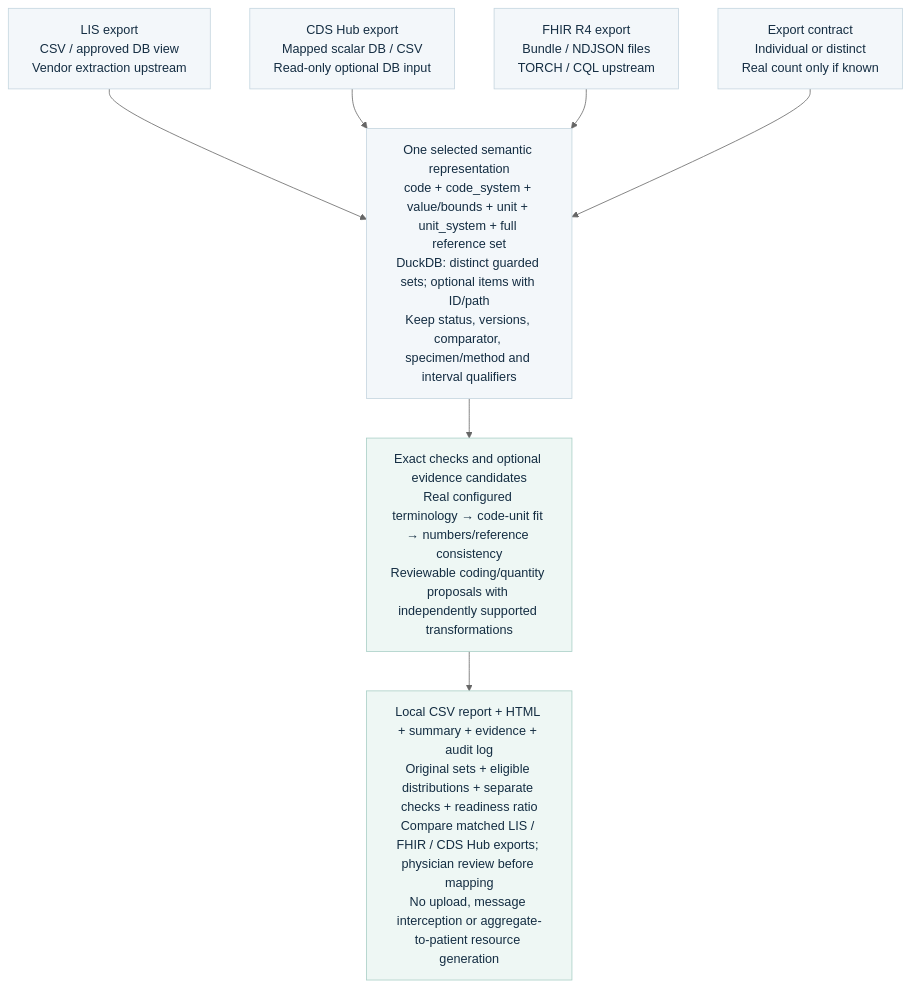
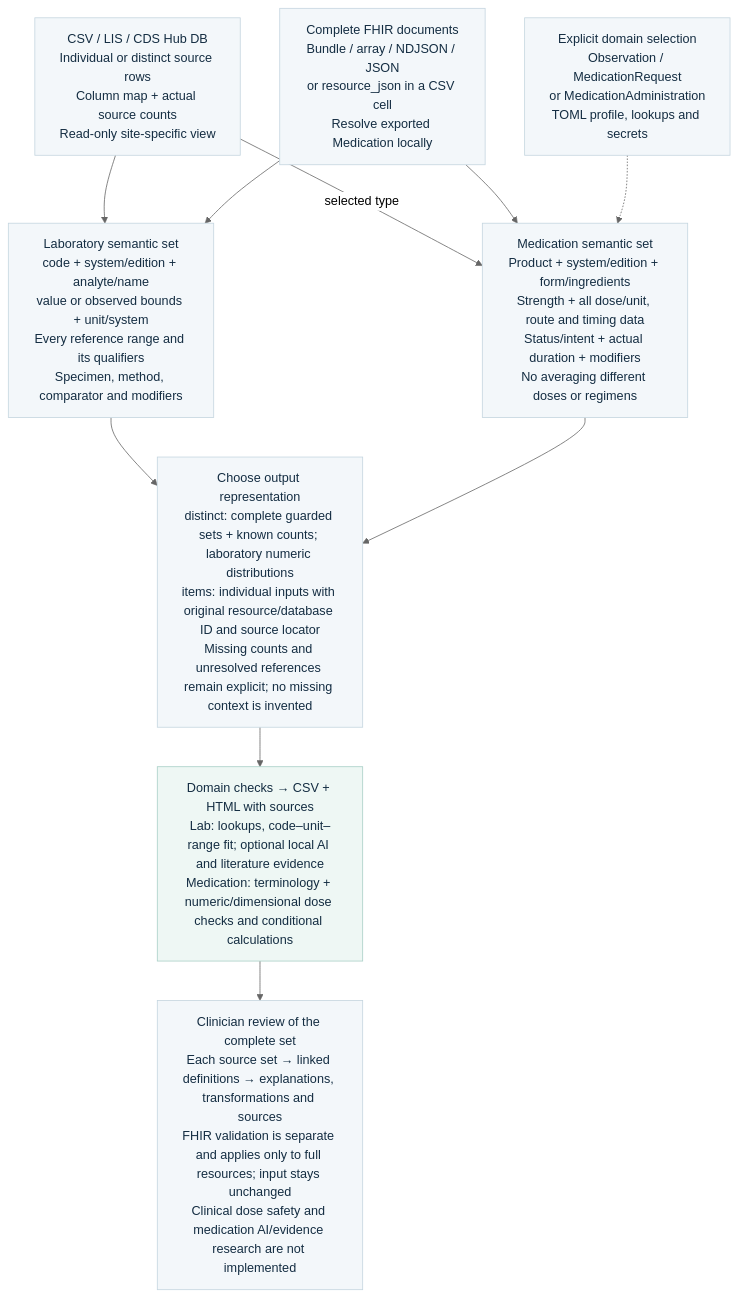
One commit to neumdan/semantic-plausibility changed the diagram in docs/batch-flow.mmd. Above: the diagram before and after it, drawn with Mermaid (neutral theme). The commit also changed 57 other files, not shown here.

```diff
--- a/docs/batch-flow.mmd
+++ b/docs/batch-flow.mmd
@@ -1,20 +1,24 @@
 %% Same node/edge contract as batch-flow.svg.
 flowchart TD
-    LIS["LIS export<br/>CSV / approved DB view<br/>Vendor extraction upstream"]
-    HUB["CDS Hub export<br/>Mapped scalar DB / CSV<br/>Read-only optional DB input"]
-    FHIR["FHIR R4 export<br/>Bundle / NDJSON files<br/>TORCH / CQL upstream"]
-    CSV["Export contract<br/>Individual or distinct<br/>Real count only if known"]
-    GROUP["One selected semantic representation<br/>code + code_system + value/bounds + unit + unit_system + full reference set<br/>DuckDB: distinct guarded sets; optional items with ID/path<br/>Keep status, versions, comparator, specimen/method and interval qualifiers"]
-    CHECK["Exact checks and optional evidence candidates<br/>Real configured terminology → code-unit fit → numbers/reference consistency<br/>Reviewable coding/quantity proposals with independently supported transformations"]
-    OUT["Local CSV report + HTML + summary + evidence + audit log<br/>Original sets + eligible distributions + separate checks + readiness ratio<br/>Compare matched LIS / FHIR / CDS Hub exports; physician review before mapping<br/>No upload, message interception or aggregate-to-patient resource generation"]
-    LIS --> GROUP
-    HUB --> GROUP
-    FHIR --> GROUP
-    CSV --> GROUP
+    CSV["CSV / LIS / CDS Hub DB<br/>Individual or distinct source rows<br/>Column map + actual source counts<br/>Read-only site-specific view"]
+    FHIR["Complete FHIR documents<br/>Bundle / array / NDJSON / JSON<br/>or resource_json in a CSV cell<br/>Resolve exported Medication locally"]
+    CONFIG["Explicit domain selection<br/>Observation / MedicationRequest<br/>or MedicationAdministration<br/>TOML profile, lookups and secrets"]
+    LAB["Laboratory semantic set<br/>code + system/edition + analyte/name<br/>value or observed bounds + unit/system<br/>Every reference range and its qualifiers<br/>Specimen, method, comparator and modifiers"]
+    MED["Medication semantic set<br/>Product + system/edition + form/ingredients<br/>Strength + all dose/unit, route and timing data<br/>Status/intent + actual duration + modifiers<br/>No averaging different doses or regimens"]
+    GROUP["Choose output representation<br/>distinct: complete guarded sets + known counts; laboratory numeric distributions<br/>items: individual inputs with original resource/database ID and source locator<br/>Missing counts and unresolved references remain explicit; no missing context is invented"]
+    CHECK["Domain checks → CSV + HTML with sources<br/>Lab: lookups, code–unit–range fit; optional local AI and literature evidence<br/>Medication: terminology + numeric/dimensional dose checks and conditional calculations"]
+    REVIEW["Clinician review of the complete set<br/>Each source set → linked definitions → explanations, transformations and sources<br/>FHIR validation is separate and applies only to full resources; input stays unchanged<br/>Clinical dose safety and medication AI/evidence research are not implemented"]
+    CSV --> LAB
+    CSV --> |"selected type"| MED
+    FHIR --> LAB
+    FHIR --> MED
+    CONFIG -.-> MED
+    LAB --> GROUP
+    MED --> GROUP
     GROUP --> CHECK
-    CHECK --> OUT
+    CHECK --> REVIEW
     classDef normal fill:#f3f7fa,stroke:#c4d5df,color:#142d42
-    class LIS,HUB,FHIR,CSV,GROUP normal
+    class CSV,FHIR,CONFIG,LAB,MED,GROUP,REVIEW normal
     classDef teal fill:#eef7f4,stroke:#a8cfc6,color:#142d42
-    class CHECK,OUT teal
+    class CHECK teal
     classDef error fill:#fcf1f3,stroke:#ecc7cf,color:#142d42
```
